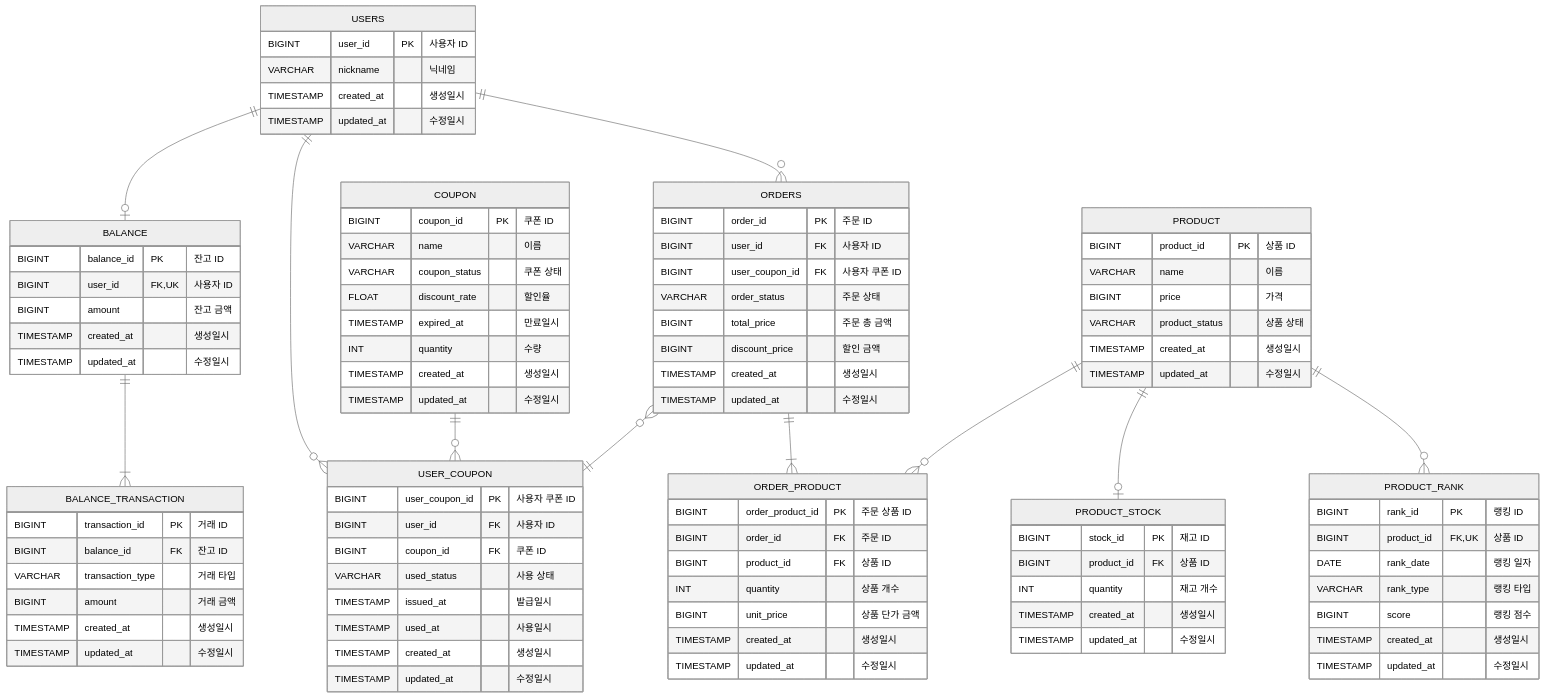
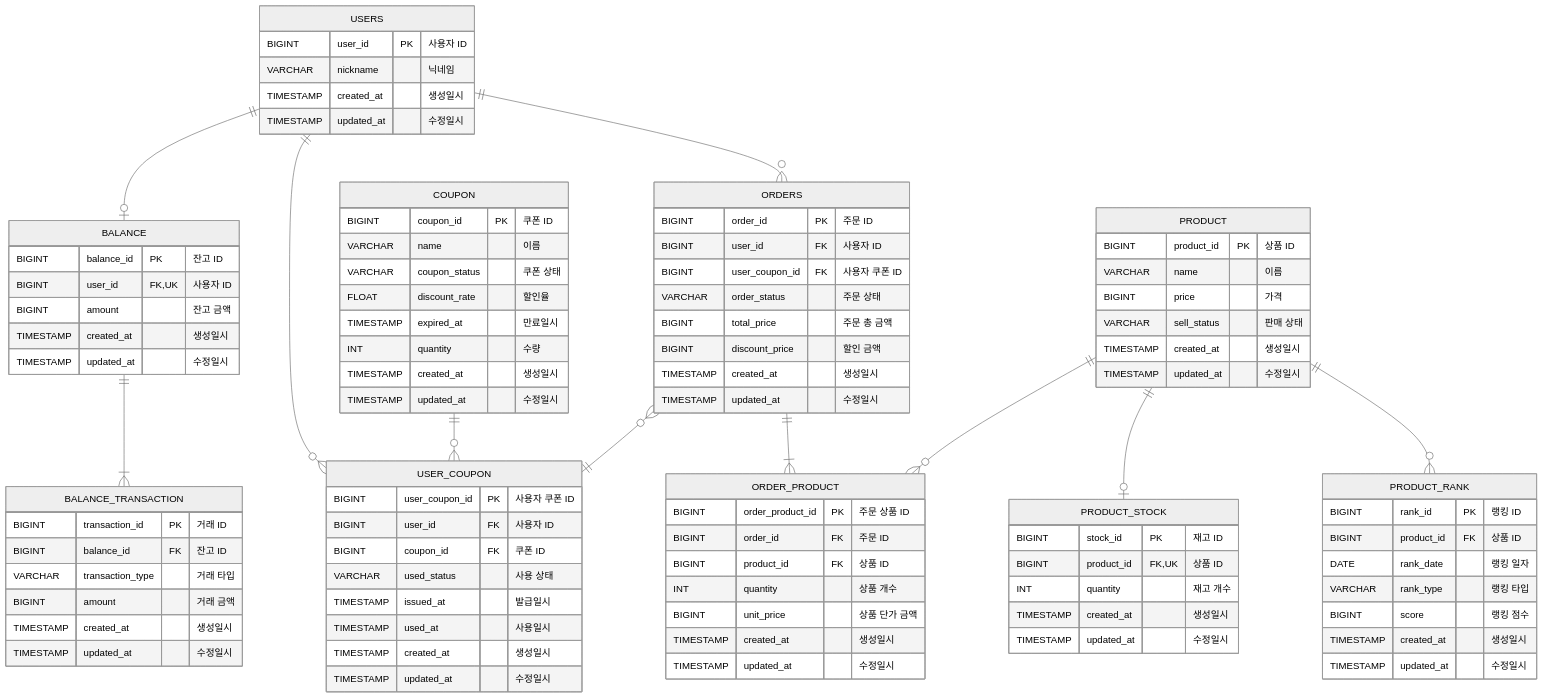
Before and after one commit to discphy/hhplus-e-commerce: the diagram in docs/architecture/04.ERD.md, drawn with Mermaid (neutral theme). The commit also changed other lines of this file and 1 other file, not shown here.

Commit message:
[DOCS] ERD 상태 및 타입 정의 추가

````diff
--- a/docs/architecture/04.ERD.md
+++ b/docs/architecture/04.ERD.md
@@ -16,14 +29,14 @@
 ```mermaid
 erDiagram
-    USERS ||--o| BALANCE : ""
-    BALANCE ||--|{ BALANCE_TRANSACTION : ""
+    USERS ||--o| BALANCE: ""
+    BALANCE ||--|{ BALANCE_TRANSACTION: ""
     USERS ||--o{ USER_COUPON: ""
     USERS ||--o{ ORDERS: ""
     COUPON ||--o{ USER_COUPON: ""
-    ORDERS }o--|| USER_COUPON : ""
+    ORDERS }o--|| USER_COUPON: ""
     ORDERS ||--|{ ORDER_PRODUCT: ""
     PRODUCT ||--o{ ORDER_PRODUCT: ""
-    PRODUCT ||--o| PRODUCT_STOCK : ""
+    PRODUCT ||--o| PRODUCT_STOCK: ""
     PRODUCT ||--o{ PRODUCT_RANK: ""
 
     USERS {
@@ -35,7 +48,7 @@
 
     BALANCE {
         BIGINT balance_id PK "잔고 ID"
-        BIGINT user_id FK,UK "사용자 ID"
+        BIGINT user_id FK, UK "사용자 ID"
         BIGINT amount "잔고 금액"
         TIMESTAMP created_at "생성일시"
         TIMESTAMP updated_at "수정일시"
@@ -76,14 +89,14 @@
         BIGINT product_id PK "상품 ID"
         VARCHAR name "이름"
         BIGINT price "가격"
-        VARCHAR product_status "상품 상태"
+        VARCHAR sell_status "판매 상태"
         TIMESTAMP created_at "생성일시"
         TIMESTAMP updated_at "수정일시"
     }
 
     PRODUCT_STOCK {
         BIGINT stock_id PK "재고 ID"
-        BIGINT product_id FK "상품 ID"
+        BIGINT product_id FK, UK "상품 ID"
         INT quantity "재고 개수"
         TIMESTAMP created_at "생성일시"
         TIMESTAMP updated_at "수정일시"
@@ -91,7 +104,7 @@
 
     PRODUCT_RANK {
         BIGINT rank_id PK "랭킹 ID"
-        BIGINT product_id FK,UK "상품 ID"
+        BIGINT product_id FK "상품 ID"
         DATE rank_date "랭킹 일자"
         VARCHAR rank_type "랭킹 타입"
         BIGINT score "랭킹 점수"
````
